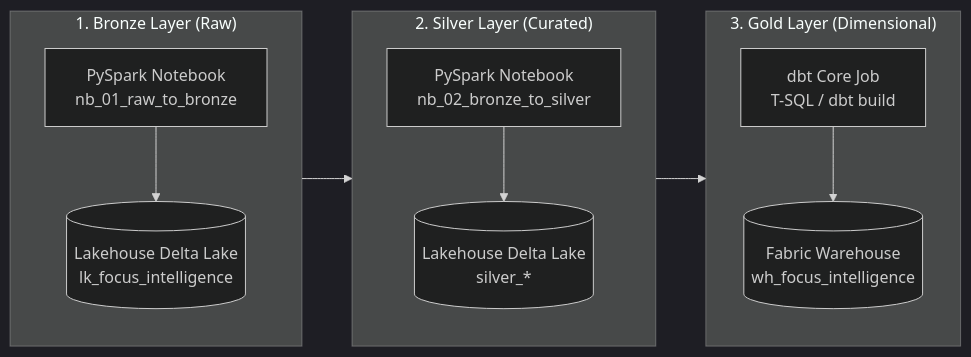
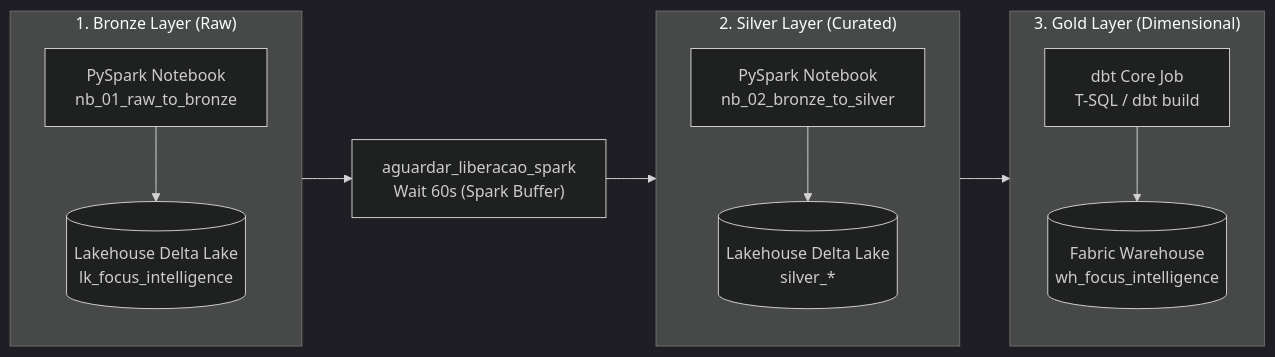
Before and after one commit to leoserpa/fabric-focus-market-intelligence: the diagram in docs/en/explanation/architecture.md, drawn with Mermaid (dark theme). The commit also changed 5 other files, not shown here.

Commit message:
docs: update mermaid architecture diagrams with spark stabilization wait activity

````diff
--- a/docs/en/explanation/architecture.md
+++ b/docs/en/explanation/architecture.md
@@ -23,26 +23,27 @@
 ```mermaid
 flowchart LR
     subgraph Bronze ["1. Bronze Layer (Raw)"]
         direction TB
         B1["PySpark Notebook<br/>nb_01_raw_to_bronze"]
         B2[("Lakehouse Delta Lake<br/>lk_focus_intelligence")]
         B1 --> B2
     end
 
     subgraph Silver ["2. Silver Layer (Curated)"]
         direction TB
         S1["PySpark Notebook<br/>nb_02_bronze_to_silver"]
         S2[("Lakehouse Delta Lake<br/>silver_*")]
         S1 --> S2
     end
 
     subgraph Gold ["3. Gold Layer (Dimensional)"]
         direction TB
         G1["dbt Core Job<br/>T-SQL / dbt build"]
         G2[("Fabric Warehouse<br/>wh_focus_intelligence")]
         G1 --> G2
     end
 
-    B2 --> S1
+    B2 --> W["aguardar_liberacao_spark<br/>Wait 60s (Spark Buffer)"]
+    W --> S1
     S2 --> G1
 ```
````
